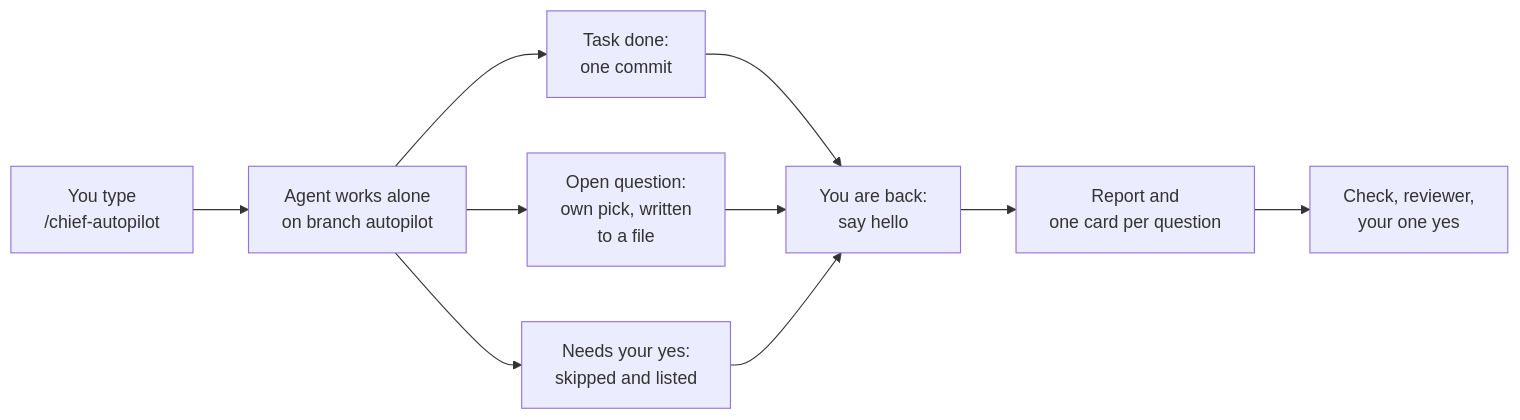
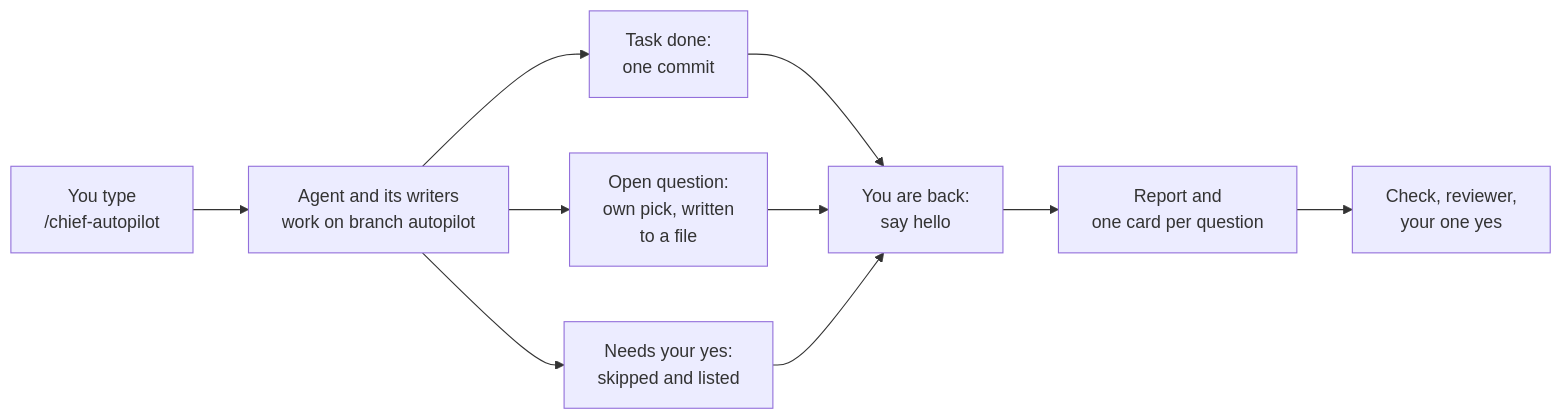
Before and after one commit to MyNameIsGlooboo/chief-prompt: the fifth of 5 diagrams in README.md, drawn with Mermaid. The commit also changed other lines of this file and 24 other files, not shown here.

First line of the commit message:
Template: the chief gives tasks to parallel background writers (#32)

````diff
--- a/README.md
+++ b/README.md
@@ -81,12 +105,12 @@
 ```mermaid
 flowchart LR
-    A["You type<br/>/chief-autopilot"] --> B["Agent works alone<br/>on branch autopilot"]
+    A["You type<br/>/chief-autopilot"] --> B["Agent and its writers<br/>work on branch autopilot"]
     B --> C["Task done:<br/>one commit"]
     B --> Q["Open question:<br/>own pick, written<br/>to a file"]
     B --> X["Needs your yes:<br/>skipped and listed"]
     C --> D["You are back:<br/>say hello"]
     Q --> D
     X --> D
     D --> E["Report and<br/>one card per question"]
     E --> F["Check, reviewer,<br/>your one yes"]
 ```
````
